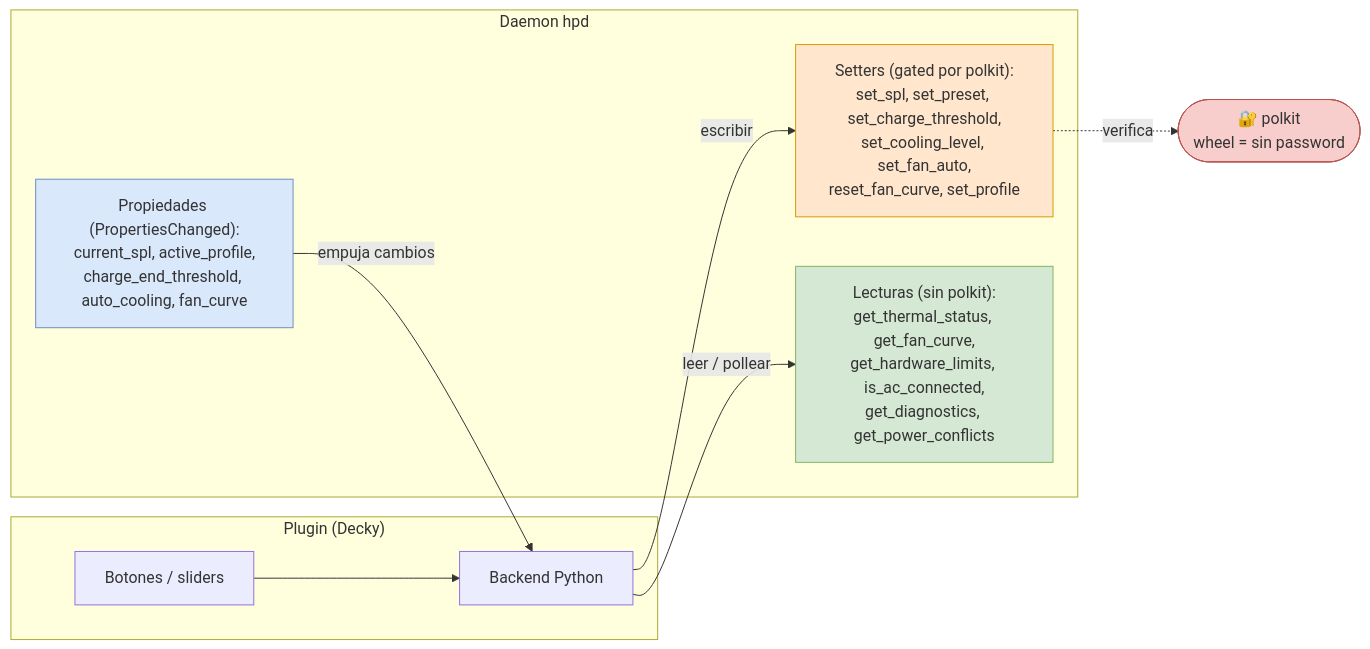
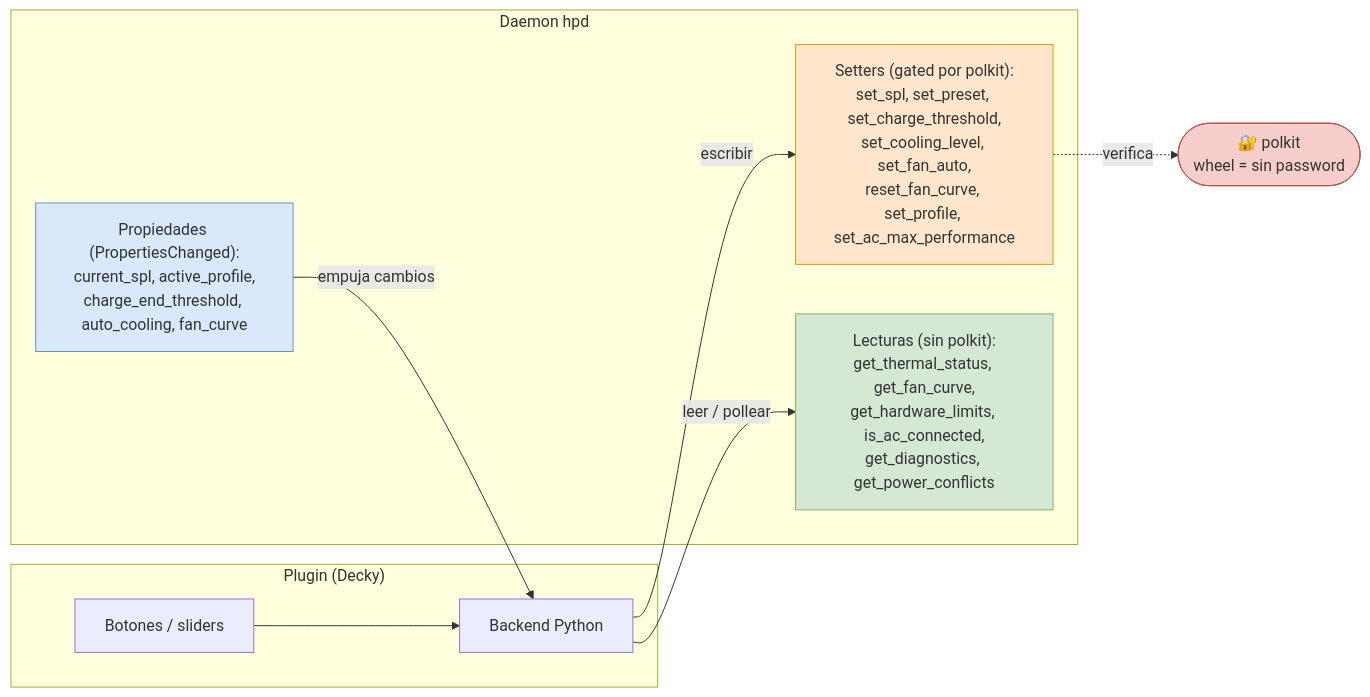
One commit to CiroDev-Git/hpd-handheld-power-daemon changed the tenth of 17 diagrams in docs/DIAGRAMS-es.md. Above: the diagram before and after it, drawn with Mermaid. The commit also changed other lines of this file and 22 other files, not shown here.

````diff
--- a/docs/DIAGRAMS-es.md
+++ b/docs/DIAGRAMS-es.md
@@ -253,24 +253,24 @@
 ```mermaid
 flowchart LR
     subgraph PLUGIN["Plugin (Decky)"]
         FEc["Botones / sliders"]
         PYc["Backend Python"]
     end
     subgraph DAEMON["Daemon hpd"]
-        SET["Setters (gated por polkit):<br/>set_spl, set_preset, set_charge_threshold,<br/>set_cooling_level, set_fan_auto,<br/>reset_fan_curve, set_profile"]
+        SET["Setters (gated por polkit):<br/>set_spl, set_preset, set_charge_threshold,<br/>set_cooling_level, set_fan_auto,<br/>reset_fan_curve, set_profile, set_ac_max_performance"]
         GET["Lecturas (sin polkit):<br/>get_thermal_status, get_fan_curve,<br/>get_hardware_limits, is_ac_connected,<br/>get_diagnostics, get_power_conflicts"]
         PROP["Propiedades (PropertiesChanged):<br/>current_spl, active_profile,<br/>charge_end_threshold, auto_cooling, fan_curve"]
     end
     POLKIT(["🔐 polkit<br/>wheel = sin password"])
 
     FEc --> PYc
     PYc -->|"escribir"| SET
     SET -.->|"verifica"| POLKIT
     PYc -->|"leer / pollear"| GET
     PROP -->|"empuja cambios"| PYc
 
     style SET fill:#ffe6cc,stroke:#d79b00
     style GET fill:#d5e8d4,stroke:#82b366
     style PROP fill:#dae8fc,stroke:#6c8ebf
     style POLKIT fill:#f8cecc,stroke:#b85450
 ```
````
